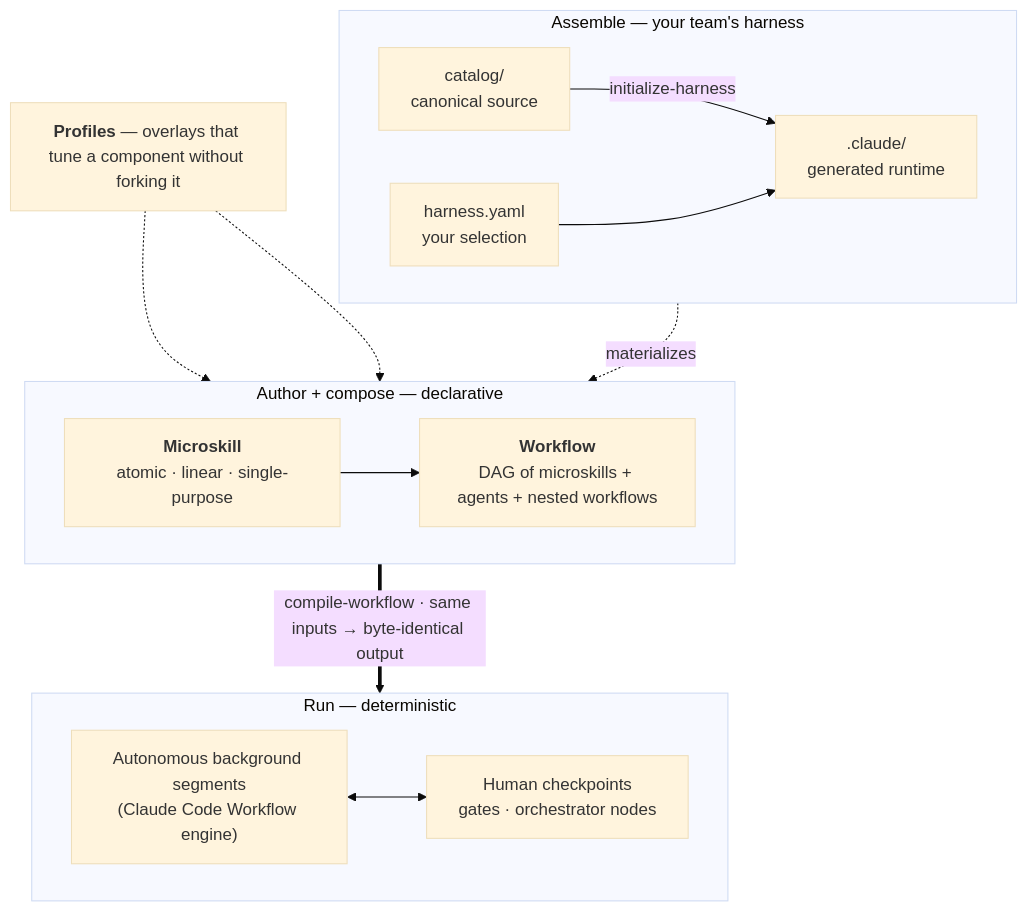
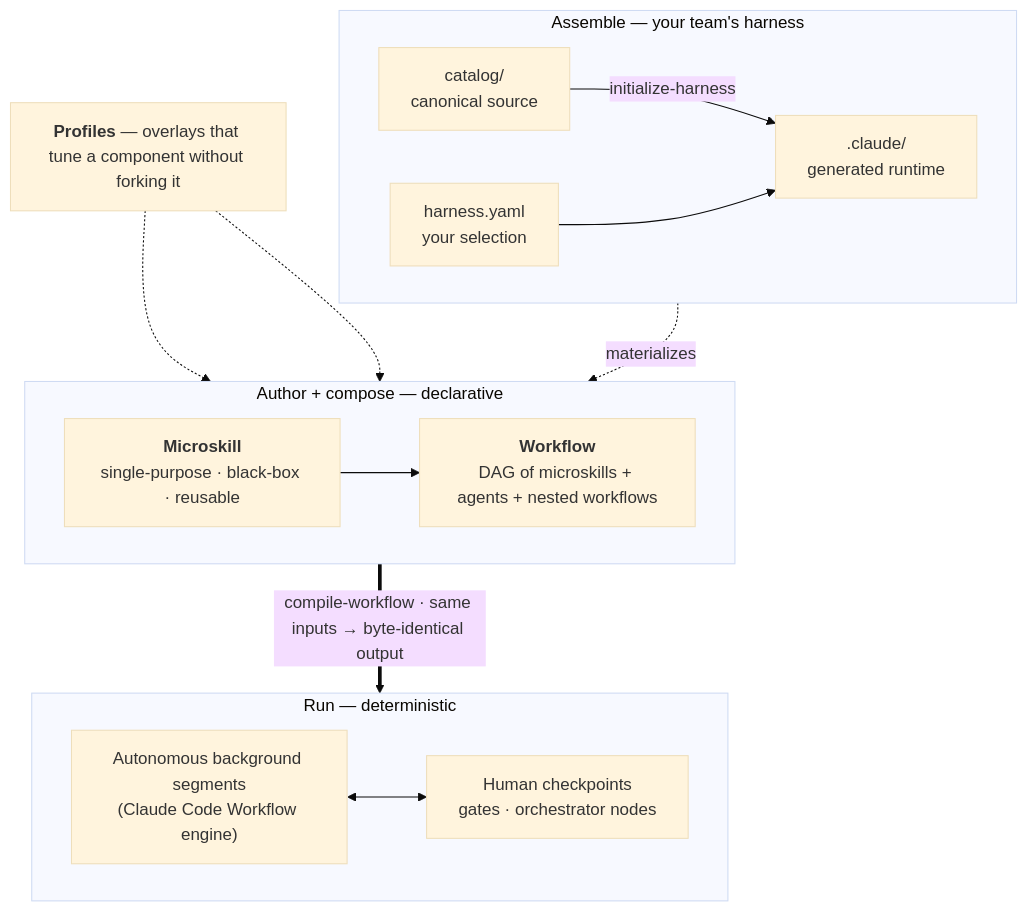
The diagram in README.md (sharmankitdev/microskills), drawn with Mermaid (base theme) before and after one commit. The commit also changed other lines of this file and 17 other files, not shown here.

First line of the commit message:
feat(microskill)!: relax linearity — single-purpose black-box microskills (#43)

````diff
--- a/README.md
+++ b/README.md
@@ -34,30 +34,30 @@
 ```mermaid
 flowchart TB
     subgraph compose["Author + compose — declarative"]
         direction LR
-        MS["<b>Microskill</b><br/>atomic · linear · single-purpose"]
+        MS["<b>Microskill</b><br/>single-purpose · black-box · reusable"]
         WF["<b>Workflow</b><br/>DAG of microskills + agents + nested workflows"]
         MS --> WF
     end
 
     PR["<b>Profiles</b> — overlays that tune a component without forking it"]
     PR -.-> MS
     PR -.-> WF
 
     subgraph run["Run — deterministic"]
         direction LR
         SEG["Autonomous background segments<br/>(Claude Code Workflow engine)"]
         CHK["Human checkpoints<br/>gates · orchestrator nodes"]
         SEG <--> CHK
     end
 
     WF ==>|"compile-workflow · same inputs → byte-identical output"| run
 
     subgraph harness["Assemble — your team's harness"]
         direction LR
         CAT["catalog/<br/>canonical source"] -->|initialize-harness| CL[".claude/<br/>generated runtime"]
         HY["harness.yaml<br/>your selection"] --> CL
     end
 
     CL -.->|materializes| compose
 ```
````
